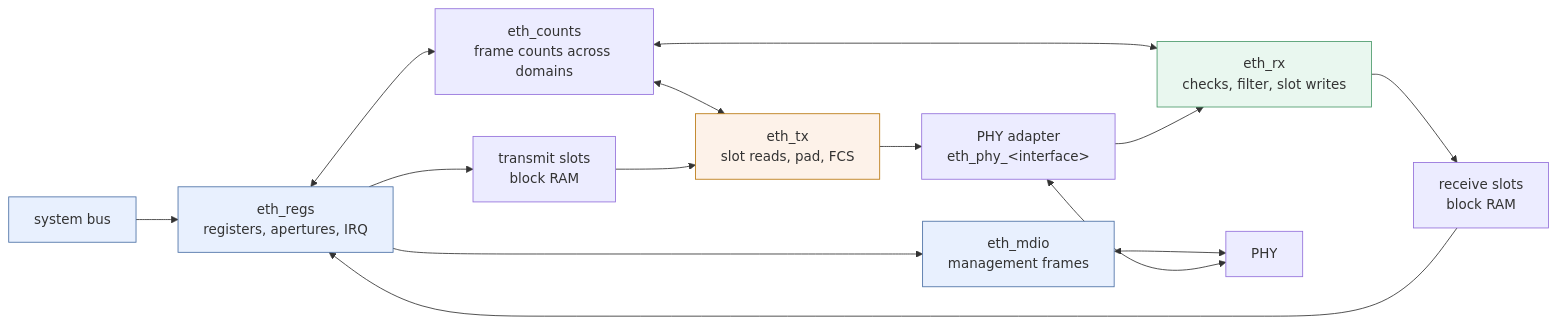
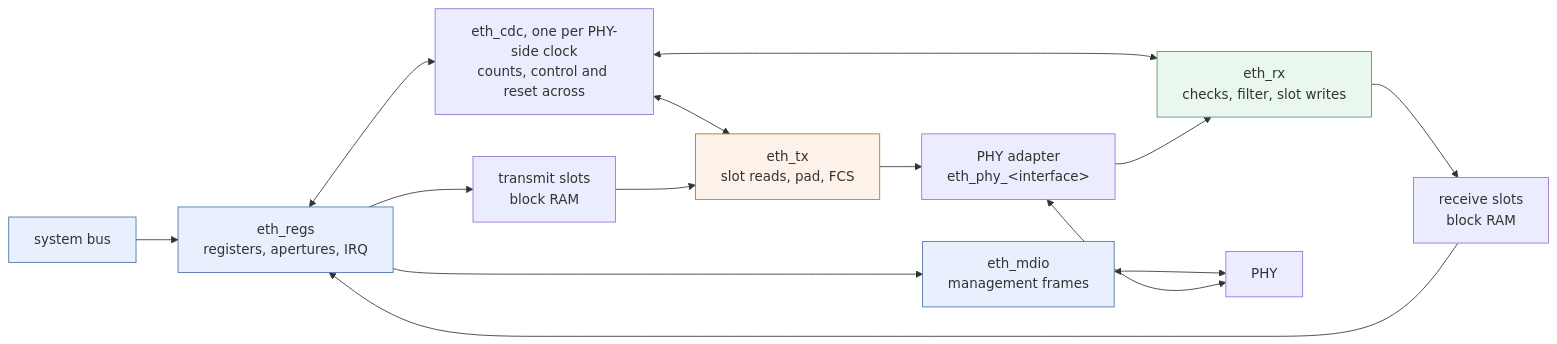
One commit to lonemeow/penumbra-minicomputer changed the diagram in doc/internals/ethernet.md. Above: the diagram before and after it, drawn with Mermaid. The commit also changed other lines of this file and 4 other files, not shown here.

````diff
--- a/doc/internals/ethernet.md
+++ b/doc/internals/ethernet.md
@@ -28,23 +28,23 @@
 ```mermaid
 flowchart LR
     BUS["system bus"] --> REGS["eth_regs<br/>registers, apertures, IRQ"]
     REGS --> TXM["transmit slots<br/>block RAM"]
     RXM["receive slots<br/>block RAM"] --> REGS
-    REGS <--> CDC["eth_counts<br/>frame counts across domains"]
+    REGS <--> CDC["eth_cdc, one per PHY-side clock<br/>counts, control and reset across"]
     CDC <--> RX["eth_rx<br/>checks, filter, slot writes"]
     CDC <--> TX["eth_tx<br/>slot reads, pad, FCS"]
     RX --> RXM
     TXM --> TX
     PHY["PHY adapter<br/>eth_phy_&lt;interface&gt;"] --> RX
     TX --> PHY
     REGS --> MDIO["eth_mdio<br/>management frames"]
     MDIO <--> PINS["PHY"]
     PHY <--> PINS
 
     classDef bus fill:#e8f0fe,stroke:#4a6fa5;
     classDef rxd fill:#e9f7ef,stroke:#4a9a6a;
     classDef txd fill:#fdf2e9,stroke:#b9770e;
     class REGS,MDIO,BUS bus;
     class RX rxd;
     class TX txd;
 ```
````
